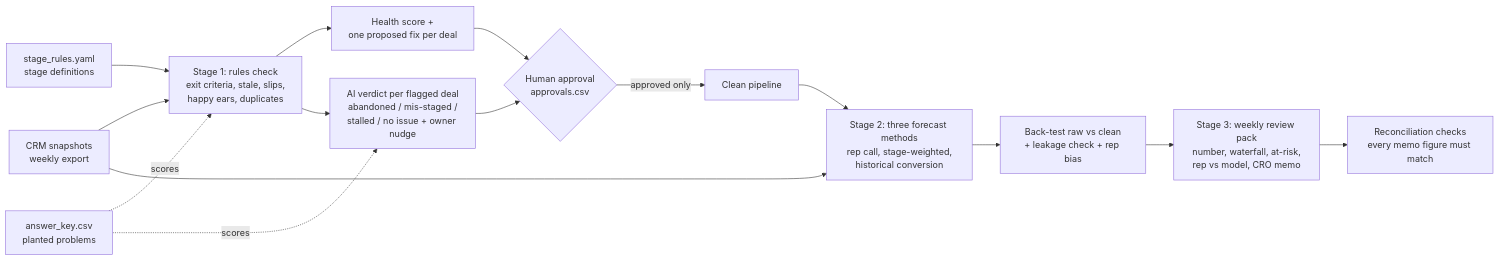
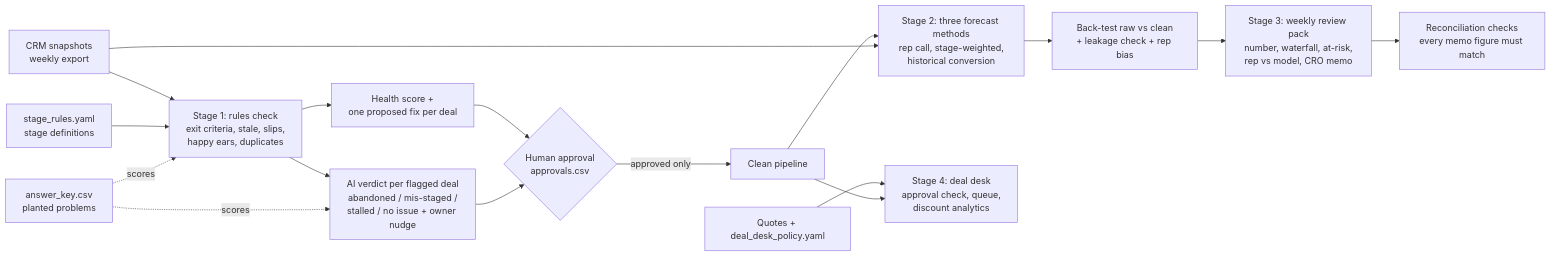
Before and after one commit to FeyisayoDaisi/revops-forecast-integrity: the diagram in README.md, drawn with Mermaid. The commit also changed other lines of this file and 17 other files, not shown here.

Commit message:
Stage 4: deal desk policy check, approval queue and discount analytics

````diff
--- a/README.md
+++ b/README.md
@@ -33,17 +33,19 @@
 ```mermaid
 flowchart LR
     A[CRM snapshots<br/>weekly export] --> B[Stage 1: rules check<br/>exit criteria, stale, slips,<br/>happy ears, duplicates]
     R[stage_rules.yaml<br/>stage definitions] --> B
     B --> C[Health score +<br/>one proposed fix per deal]
     B --> D[AI verdict per flagged deal<br/>abandoned / mis-staged /<br/>stalled / no issue + owner nudge]
     C --> E{Human approval<br/>approvals.csv}
     D --> E
     E -->|approved only| F[Clean pipeline]
     F --> G[Stage 2: three forecast methods<br/>rep call, stage-weighted,<br/>historical conversion]
     A --> G
     G --> H[Back-test raw vs clean<br/>+ leakage check + rep bias]
     H --> I[Stage 3: weekly review pack<br/>number, waterfall, at-risk,<br/>rep vs model, CRO memo]
     I --> J[Reconciliation checks<br/>every memo figure must match]
+    Q[Quotes + deal_desk_policy.yaml] --> L[Stage 4: deal desk<br/>approval check, queue,<br/>discount analytics]
+    F --> L
     K[answer_key.csv<br/>planted problems] -.scores.-> B
     K -.scores.-> D
 ```
````
